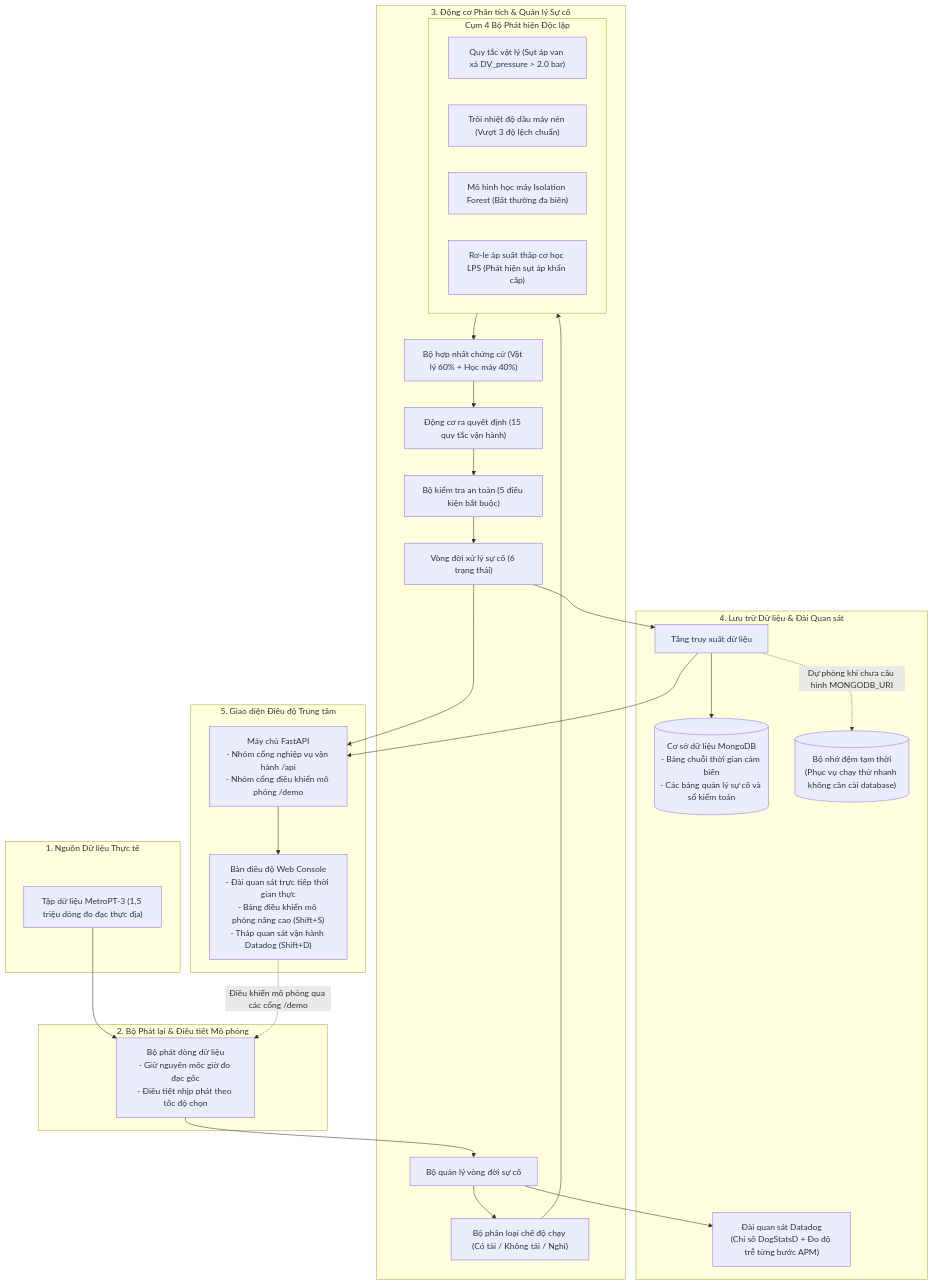
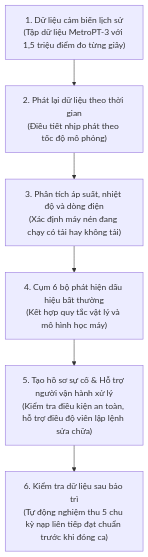
The diagram in docs/01_SYSTEM_ARCHITECTURE.md (gnuhhung317/rails-ops), drawn with Mermaid before and after one commit. The commit also changed other lines of this file and 5 other files, not shown here.

````diff
--- a/docs/01_SYSTEM_ARCHITECTURE.md
+++ b/docs/01_SYSTEM_ARCHITECTURE.md
@@ -12,59 +16,8 @@
 ```mermaid
 flowchart TD
-    subgraph Data_Source ["1. Nguồn Dữ liệu Thực tế"]
-        CSV["Tập dữ liệu MetroPT-3 (1,5 triệu dòng đo đạc thực địa)"]
-    end
-
-    subgraph Replay_Layer ["2. Bộ Phát lại & Điều tiết Mô phỏng"]
-        RE["Bộ phát dòng dữ liệu\n- Giữ nguyên mốc giờ đo đạc gốc\n- Điều tiết nhịp phát theo tốc độ chọn"]
-    end
-
-    subgraph Core_Engine ["3. Động cơ Phân tích & Quản lý Sự cố"]
-        ILM["Bộ quản lý vòng đời sự cố"]
-        RC["Bộ phân loại chế độ chạy (Có tải / Không tải / Nghỉ)"]
-        
-        subgraph Detectors ["Cụm 4 Bộ Phát hiện Độc lập"]
-            D1["Quy tắc vật lý (Sụt áp van xả DV_pressure > 2.0 bar)"]
-            D2["Trôi nhiệt độ dầu máy nén (Vượt 3 độ lệch chuẩn)"]
-            D3["Mô hình học máy Isolation Forest (Bất thường đa biến)"]
-            D4["Rơ-le áp suất thấp cơ học LPS (Phát hiện sụt áp khẩn cấp)"]
-        end
-
-        EF["Bộ hợp nhất chứng cứ (Vật lý 60% + Học máy 40%)"]
-        DE["Động cơ ra quyết định (15 quy tắc vận hành)"]
-        AG["Bộ kiểm tra an toàn (5 điều kiện bắt buộc)"]
-        SM["Vòng đời xử lý sự cố (6 trạng thái)"]
-    end
-
-    subgraph Storage_Observability ["4. Lưu trữ Dữ liệu & Đài Quan sát"]
-        REPO["Tầng truy xuất dữ liệu"]
-        MDB[("Cơ sở dữ liệu MongoDB\n- Bảng chuỗi thời gian cảm biến\n- Các bảng quản lý sự cố và sổ kiểm toán")]
-        MEM[("Bộ nhớ đệm tạm thời\n(Phục vụ chạy thử nhanh không cần cài database)")]
-        
-        DD["Đài quan sát Datadog\n(Chỉ số DogStatsD + Đo độ trễ từng bước APM)"]
-    end
-
-    subgraph Interface_Layer ["5. Giao diện Điều độ Trung tâm"]
-        API["Máy chủ FastAPI\n- Nhóm cổng nghiệp vụ vận hành /api\n- Nhóm cổng điều khiển mô phỏng /demo"]
-        UI["Bàn điều độ Web Console\n- Đài quan sát trực tiếp thời gian thực\n- Bảng điều khiển mô phỏng nâng cao (Shift+S)\n- Tháp quan sát vận hành Datadog (Shift+D)"]
-    end
-
-    CSV --> RE
-    RE --> ILM
-    ILM --> RC
-    RC --> Detectors
-    Detectors --> EF
-    EF --> DE
-    DE --> AG
-    AG --> SM
-    
-    SM --> REPO
-    REPO --> MDB
-    REPO -.->|Dự phòng khi chưa cấu hình MONGODB_URI| MEM
-    
-    ILM --> DD
-    SM --> API
-    REPO --> API
-    API --> UI
-    UI -.->|Điều khiển mô phỏng qua các cổng /demo| RE
+    A["1. Dữ liệu cảm biến lịch sử\n(Tập dữ liệu MetroPT-3 với 1,5 triệu điểm đo từng giây)"] --> B["2. Phát lại dữ liệu theo thời gian\n(Điều tiết nhịp phát theo tốc độ mô phỏng)"]
+    B --> C["3. Phân tích áp suất, nhiệt độ và dòng điện\n(Xác định máy nén đang chạy có tải hay không tải)"]
+    C --> D["4. Cụm 6 bộ phát hiện dấu hiệu bất thường\n(Kết hợp quy tắc vật lý và mô hình học máy)"]
+    D --> E["5. Tạo hồ sơ sự cố & Hỗ trợ người vận hành xử lý\n(Kiểm tra điều kiện an toàn, hỗ trợ điều độ viên lập lệnh sửa chữa)"]
+    E --> F["6. Kiểm tra dữ liệu sau bảo trì\n(Tự động nghiệm thu 5 chu kỳ nạp liên tiếp đạt chuẩn trước khi đóng ca)"]
 ```
````
